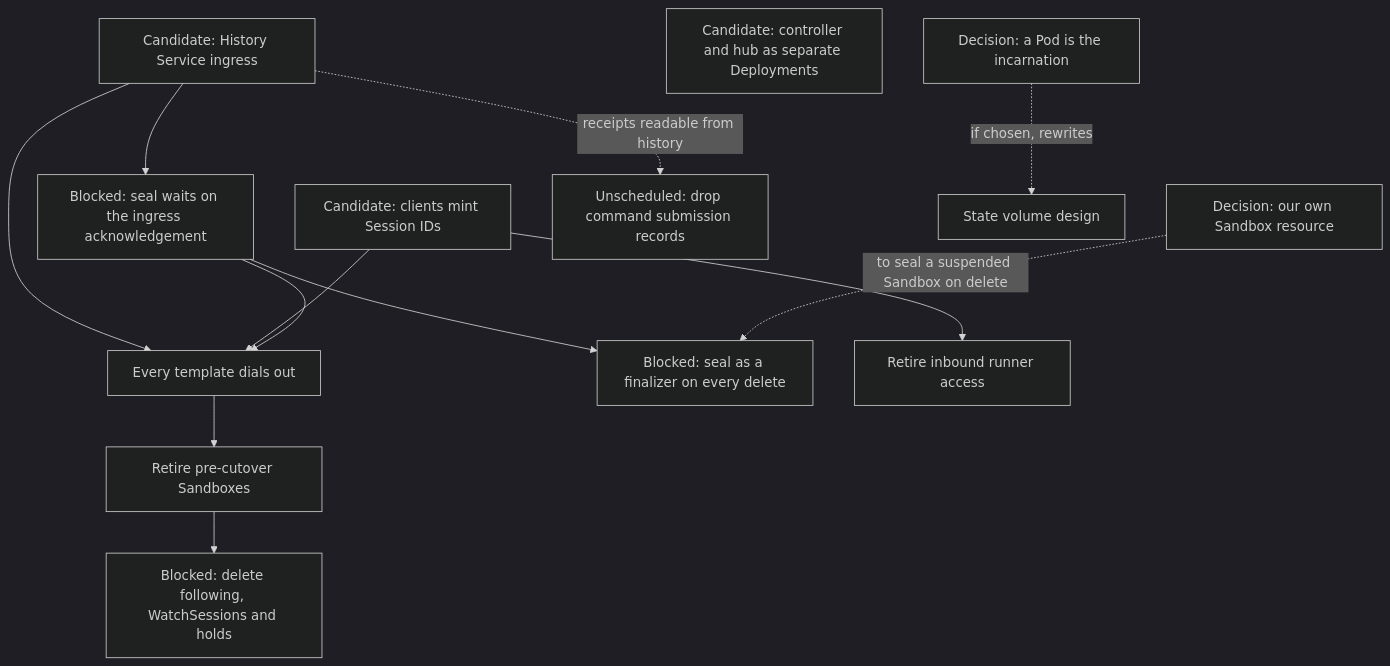
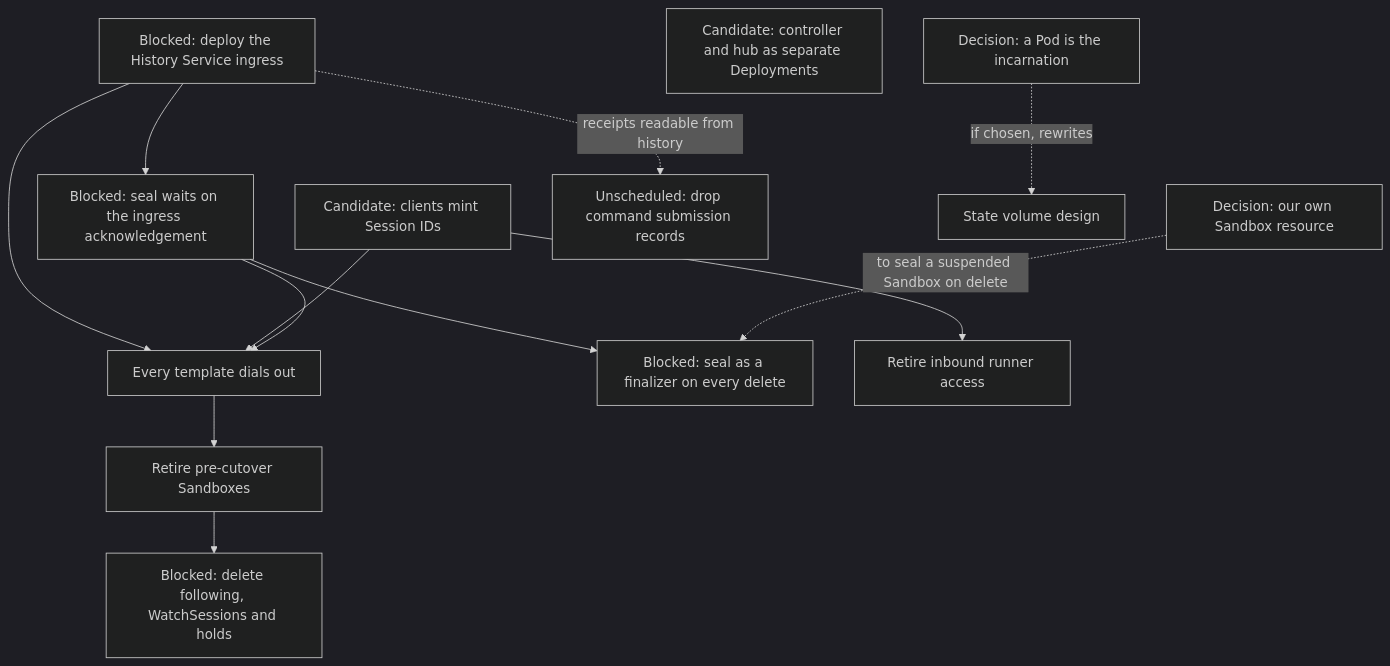
One commit to agentydragon-agent/ducktape changed diagram 12 of 12 in agentplane/plans/task_dag.md. Above: the diagram before and after it, drawn with Mermaid (dark theme). The commit also changed other lines of this file and 28 other files, not shown here.

First line of the commit message:
agentplane/history_service: serve the runner ingress (#9872)

````diff
--- a/agentplane/plans/task_dag.md
+++ b/agentplane/plans/task_dag.md
@@ -889,25 +889,25 @@
 ```mermaid
 flowchart TD
-    HISTORY_INGRESS[Candidate: History Service ingress]
+    HISTORY_INGRESS[Blocked: deploy the History Service ingress]
     CLIENT_SESSION_IDS[Candidate: clients mint Session IDs]
     SEAL_ON_INGRESS_ACK[Blocked: seal waits on the ingress acknowledgement]
     RUNNER_OUTBOUND_ROLLOUT[Every template dials out]
     LEGACY_SANDBOX_RETIRE[Retire pre-cutover Sandboxes]
     FOLLOW_PATH_RETIRE[Blocked: delete following, WatchSessions and holds]
     SANDBOX_SERVICE_DEPLOYMENT_SPLIT[Candidate: controller and hub as separate Deployments]
     AGENTPLANE_SANDBOX_RESOURCE[Decision: our own Sandbox resource]
     POD_INCARNATION[Decision: a Pod is the incarnation]
     SEAL_FINALIZER[Blocked: seal as a finalizer on every delete]
     COMMAND_RECORDS_RETIRE[Unscheduled: drop command submission records]
     HISTORY_INGRESS --> SEAL_ON_INGRESS_ACK
     HISTORY_INGRESS --> RUNNER_OUTBOUND_ROLLOUT
     CLIENT_SESSION_IDS --> RUNNER_OUTBOUND_ROLLOUT
     CLIENT_SESSION_IDS --> RUNNER_INBOUND_RETIRE[Retire inbound runner access]
     SEAL_ON_INGRESS_ACK --> RUNNER_OUTBOUND_ROLLOUT
     RUNNER_OUTBOUND_ROLLOUT --> LEGACY_SANDBOX_RETIRE
     LEGACY_SANDBOX_RETIRE --> FOLLOW_PATH_RETIRE
     SEAL_ON_INGRESS_ACK --> SEAL_FINALIZER
     AGENTPLANE_SANDBOX_RESOURCE -. to seal a suspended Sandbox on delete .-> SEAL_FINALIZER
     POD_INCARNATION -. if chosen, rewrites .-> SESSION_STATE_VOLUME_DESIGN[State volume design]
     HISTORY_INGRESS -. receipts readable from history .-> COMMAND_RECORDS_RETIRE
 ```
````
